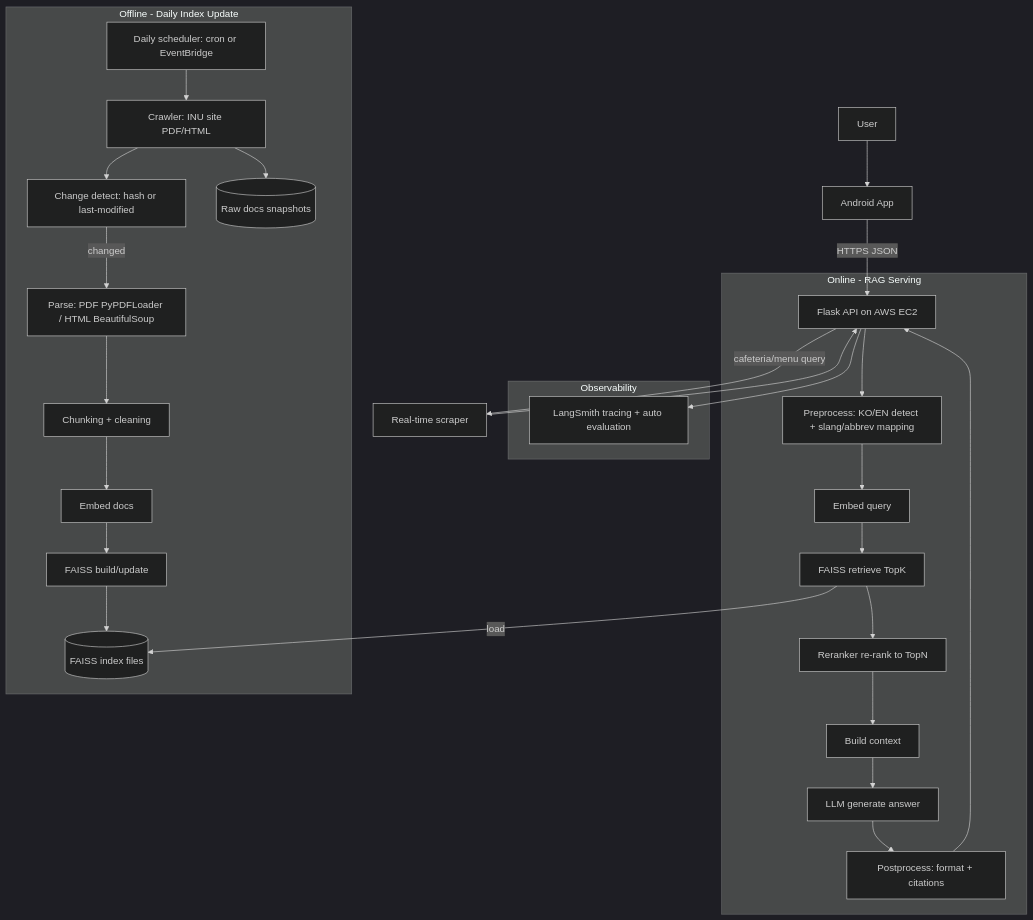
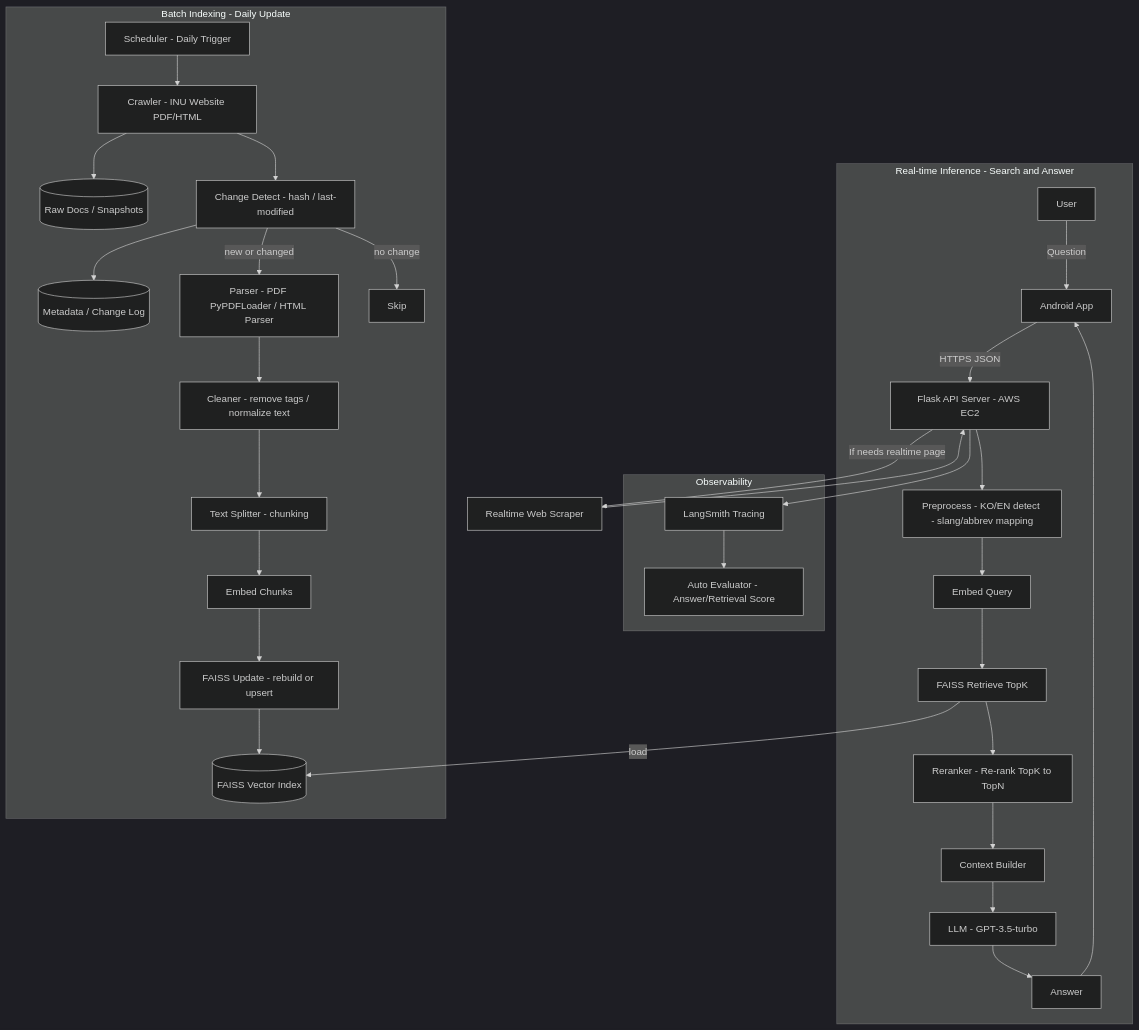
One commit to KKimHyeonJoo/INUchat changed the second of 2 diagrams in README.md. Above: the diagram before and after it, drawn with Mermaid (dark theme). The commit also changed other lines of this file, not shown here.

````diff
--- a/README.md
+++ b/README.md
@@ -155,41 +92,52 @@
 ```mermaid
-flowchart TB
-  U[User] --> APP[Android App]
-  APP -->|HTTPS JSON| API[Flask API on AWS EC2]
+flowchart TD
+  %% ============ Shared Storage ============
+  IDX[(FAISS Vector Index)]
+  RAW[(Raw Docs / Snapshots)]
+  META[(Metadata / Change Log)]
 
-  %% ---------------- Online Serving ----------------
-  subgraph ONLINE[Online - RAG Serving]
-    API --> PRE[Preprocess: KO/EN detect + slang/abbrev mapping]
-    PRE --> E1[Embed query]
-    E1 --> RET[FAISS retrieve TopK]
-    RET --> RER[Reranker re-rank to TopN]
-    RER --> CTX[Build context]
-    CTX --> GEN[LLM generate answer]
-    GEN --> POST[Postprocess: format + citations]
-    POST --> API
+  %% ============ Online: Real-time Inference ============
+  subgraph ONLINE[Real-time Inference - Search and Answer]
+    USER[User] -->|Question| APP[Android App]
+    APP -->|HTTPS JSON| API[Flask API Server - AWS EC2]
+
+    API --> PRE[Preprocess - KO/EN detect - slang/abbrev mapping]
+    PRE --> QEMB[Embed Query]
+    QEMB --> RET[FAISS Retrieve TopK]
+    RET --> RER[Reranker - Re-rank TopK to TopN]
+    RER --> CTX[Context Builder]
+    CTX --> LLM[LLM - GPT-3.5-turbo]
+    LLM --> ANS[Answer]
+    ANS --> APP
   end
 
-  %% optional tool branch (e.g., cafeteria)
-  API -->|cafeteria/menu query| TOOL[Real-time scraper]
+  %% Optional: tool-based real-time scrape (e.g., cafeteria/menu)
+  API -->|If needs realtime page| TOOL[Realtime Web Scraper]
   TOOL --> API
 
-  %% ---------------- Observability ----------------
+  %% Observability
   subgraph OBS[Observability]
-    API --> LS[LangSmith tracing + auto evaluation]
+    API --> TRACE[LangSmith Tracing]
+    TRACE --> EVAL[Auto Evaluator - Answer/Retrieval Score]
   end
 
-  %% ---------------- Offline Update ----------------
-  subgraph OFFLINE[Offline - Daily Index Update]
-    SCH[Daily scheduler: cron or EventBridge] --> CR[Crawler: INU site PDF/HTML]
-    CR --> DIFF[Change detect: hash or last-modified]
-    DIFF -->|changed| PARSE[Parse: PDF PyPDFLoader / HTML BeautifulSoup]
-    PARSE --> CHUNK[Chunking + cleaning]
-    CHUNK --> E2[Embed docs]
-    E2 --> BUILD[FAISS build/update]
-    BUILD --> IDX[(FAISS index files)]
-    CR --> RAW[(Raw docs snapshots)]
+  %% ============ Offline: Daily ETL / Index Update ============
+  subgraph OFFLINE[Batch Indexing - Daily Update]
+    SCH[Scheduler - Daily Trigger] --> CRAWL[Crawler - INU Website PDF/HTML]
+    CRAWL --> DIFF[Change Detect - hash / last-modified]
+    DIFF -->|new or changed| PARSE[Parser - PDF PyPDFLoader / HTML Parser]
+    DIFF -->|no change| SKIP[Skip]
+
+    PARSE --> CLEAN[Cleaner - remove tags / normalize text]
+    CLEAN --> SPLIT[Text Splitter - chunking]
+    SPLIT --> DEMB[Embed Chunks]
+    DEMB --> UPD[FAISS Update - rebuild or upsert]
+    UPD --> IDX
+
+    CRAWL --> RAW
+    DIFF --> META
   end
 
-  %% shared index
+  %% ============ Shared index used by retriever ============
   RET -->|load| IDX
 ```
````
